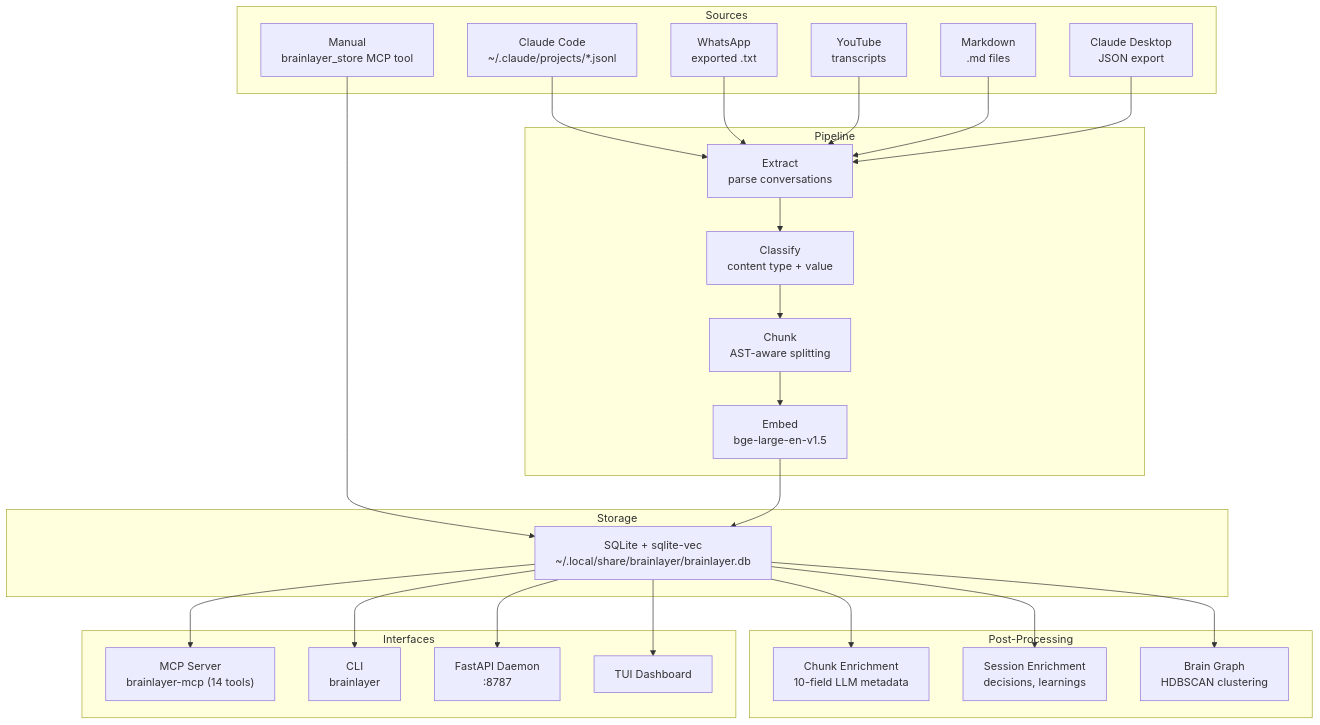
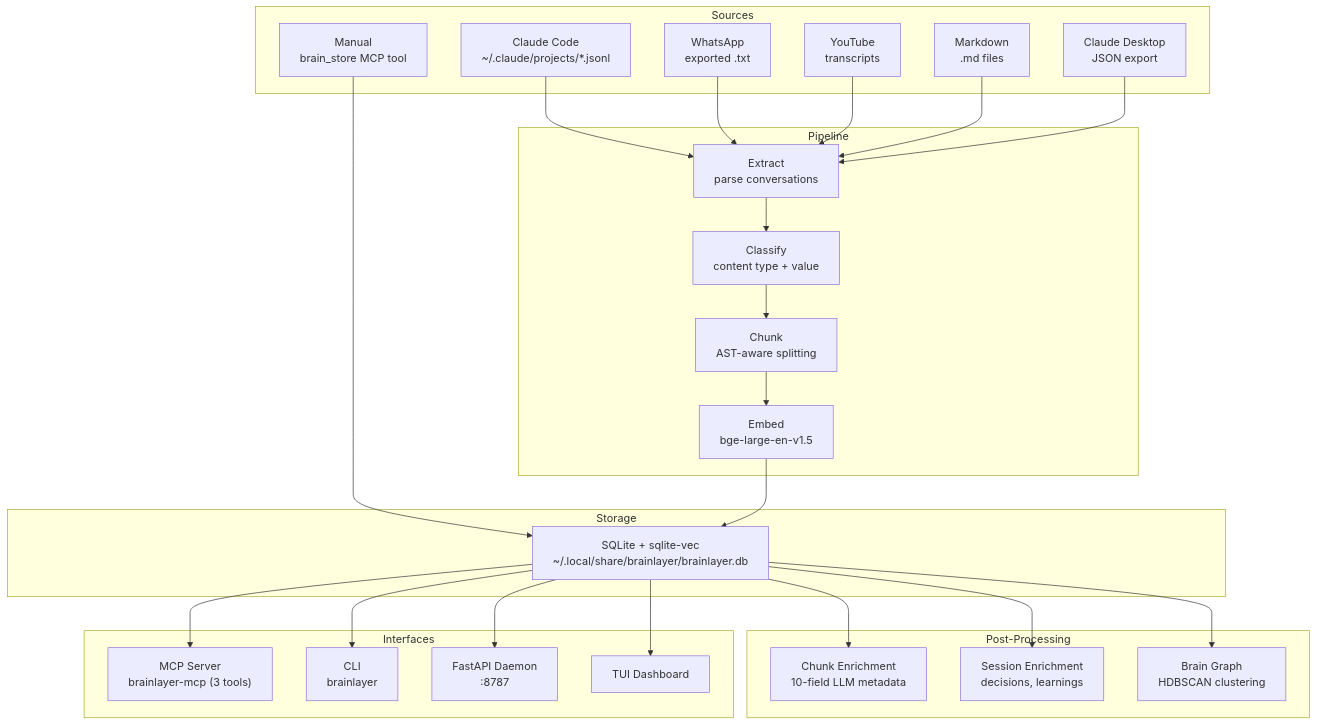
The diagram in docs/architecture.md (EtanHey/brainlayer), drawn with Mermaid before and after one commit. The commit also changed 9 other files, not shown here.

First line of the commit message:
docs: update tool names — brain_search/brain_store/brain_recall as primary

````diff
--- a/docs/architecture.md
+++ b/docs/architecture.md
@@ -7,41 +7,41 @@
 ```mermaid
 graph TD
     subgraph Sources
         A1["Claude Code<br/>~/.claude/projects/*.jsonl"]
         A2["WhatsApp<br/>exported .txt"]
         A3["YouTube<br/>transcripts"]
         A4["Markdown<br/>.md files"]
         A5["Claude Desktop<br/>JSON export"]
-        A6["Manual<br/>brainlayer_store MCP tool"]
+        A6["Manual<br/>brain_store MCP tool"]
     end
 
     subgraph Pipeline
         B1["Extract<br/>parse conversations"]
         B2["Classify<br/>content type + value"]
         B3["Chunk<br/>AST-aware splitting"]
         B4["Embed<br/>bge-large-en-v1.5"]
     end
 
     subgraph Storage
         C["SQLite + sqlite-vec<br/>~/.local/share/brainlayer/brainlayer.db"]
     end
 
     subgraph Post-Processing
         D1["Chunk Enrichment<br/>10-field LLM metadata"]
         D2["Session Enrichment<br/>decisions, learnings"]
         D3["Brain Graph<br/>HDBSCAN clustering"]
     end
 
     subgraph Interfaces
-        E1["MCP Server<br/>brainlayer-mcp (14 tools)"]
+        E1["MCP Server<br/>brainlayer-mcp (3 tools)"]
         E2["CLI<br/>brainlayer"]
         E3["FastAPI Daemon<br/>:8787"]
         E4["TUI Dashboard"]
     end
 
     A1 & A2 & A3 & A4 & A5 --> B1
     A6 --> C
     B1 --> B2 --> B3 --> B4 --> C
     C --> D1 & D2 & D3
     C --> E1 & E2 & E3 & E4
 ```
````
